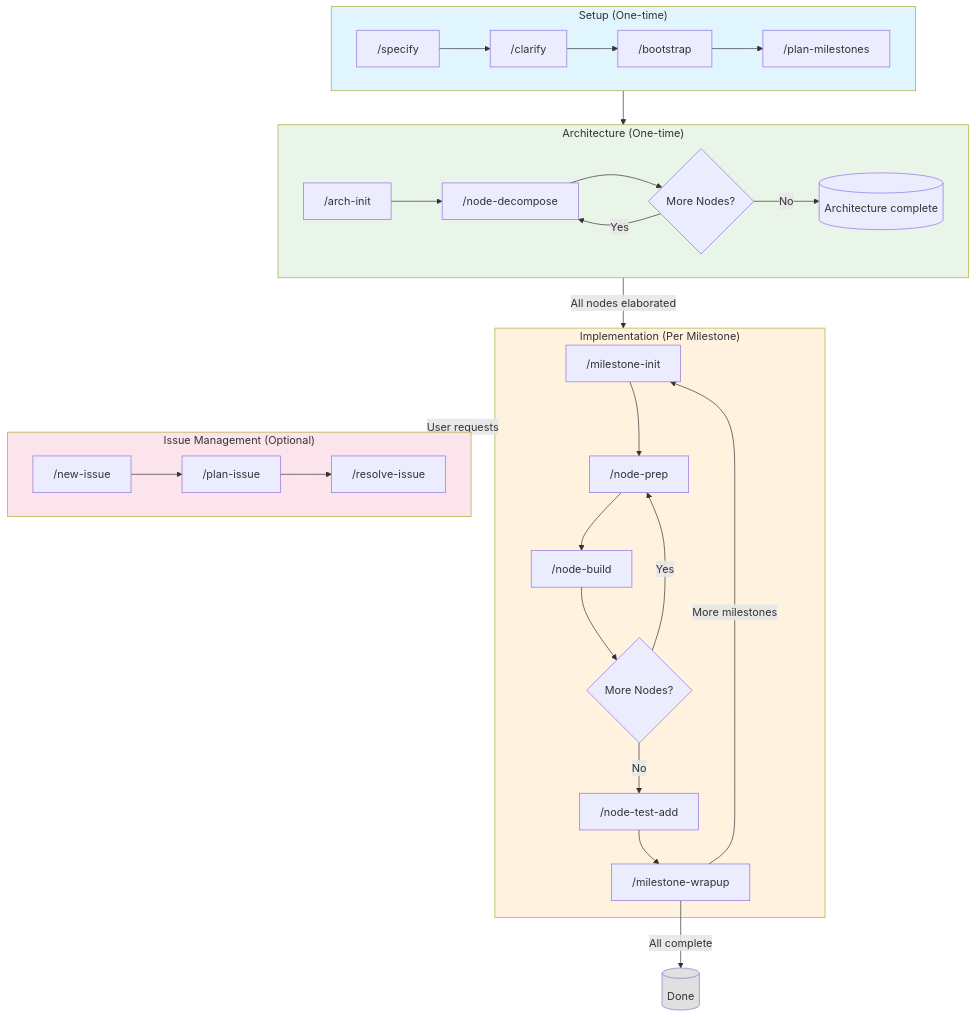
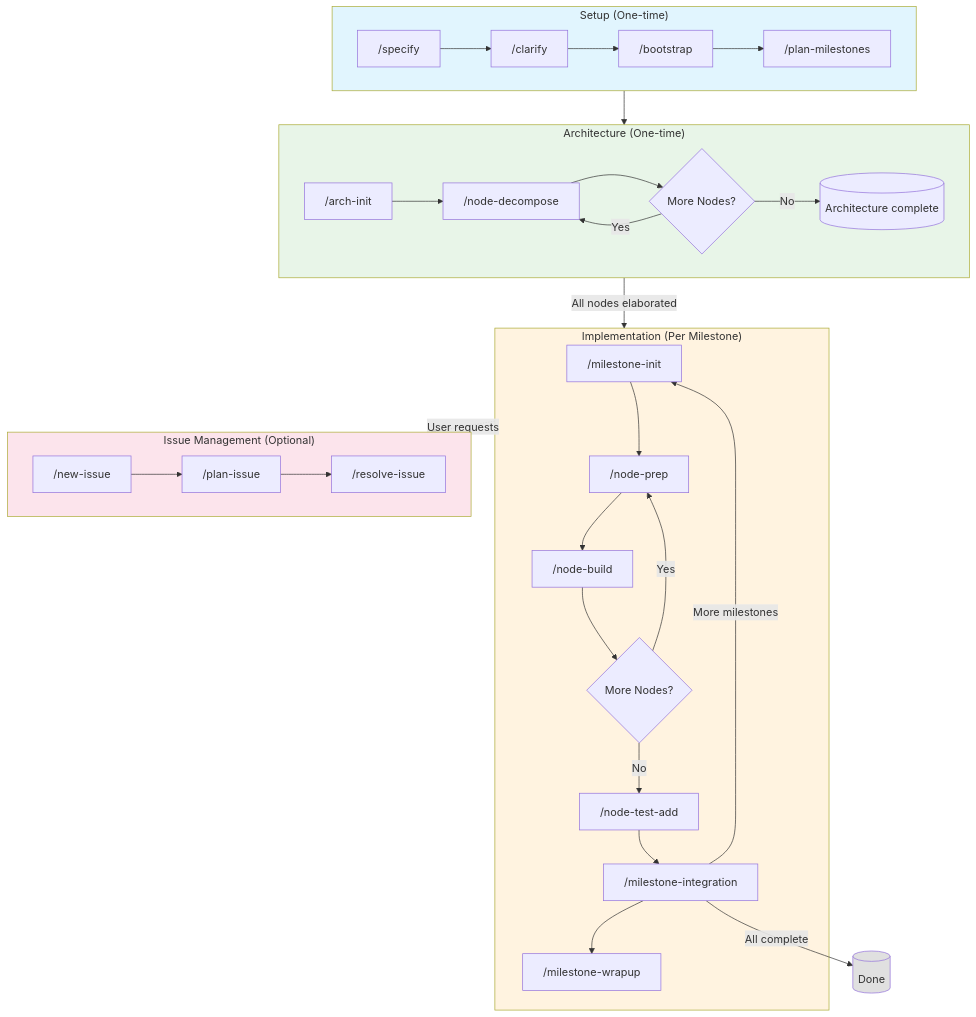
Before and after one commit to JerryAZR/code-workflow-skills: the diagram in README.md, drawn with Mermaid. The commit also changed other lines of this file and 2 other files, not shown here.

First line of the commit message:
Add milestone-integration skill for integration testing

````diff
--- a/README.md
+++ b/README.md
@@ -64,41 +65,42 @@
 ```mermaid
 flowchart TB
     subgraph Setup["Setup (One-time)"]
         S1["/specify"] --> S2["/clarify"]
         S2 --> S3["/bootstrap"]
         S3 --> S4["/plan-milestones"]
     end
 
     subgraph Architecture["Architecture (One-time)"]
         A0["/arch-init"] --> A1["/node-decompose"]
         A1 --> A2{More Nodes?}
         A2 -->|Yes| A1
         A2 -->|No| A3[("Architecture complete")]
     end
 
     subgraph Implementation["Implementation (Per Milestone)"]
         I1["/milestone-init"] --> I2["/node-prep"]
         I2 --> I3["/node-build"]
         I3 --> I4{More Nodes?}
         I4 -->|Yes| I2
         I4 -->|No| I5["/node-test-add"]
-        I5 --> I6["/milestone-wrapup"]
+        I5 --> I6["/milestone-integration"]
+        I6 --> I7["/milestone-wrapup"]
     end
 
     subgraph Issue["Issue Management (Optional)"]
         J1["/new-issue"] --> J2["/plan-issue"]
         J2 --> J3["/resolve-issue"]
     end
 
     Setup --> Architecture
     Architecture -->|All nodes elaborated| Implementation
     I6 -->|More milestones| I1
     I6 -->|All complete| Done[("Done")]
     Implementation -.->|User requests| Issue
 
     style Setup fill:#e1f5fe
     style Architecture fill:#e8f5e8
     style Implementation fill:#fff3e0
     style Issue fill:#fce4ec
     style Done fill:#e0e0e0
 ```
````
